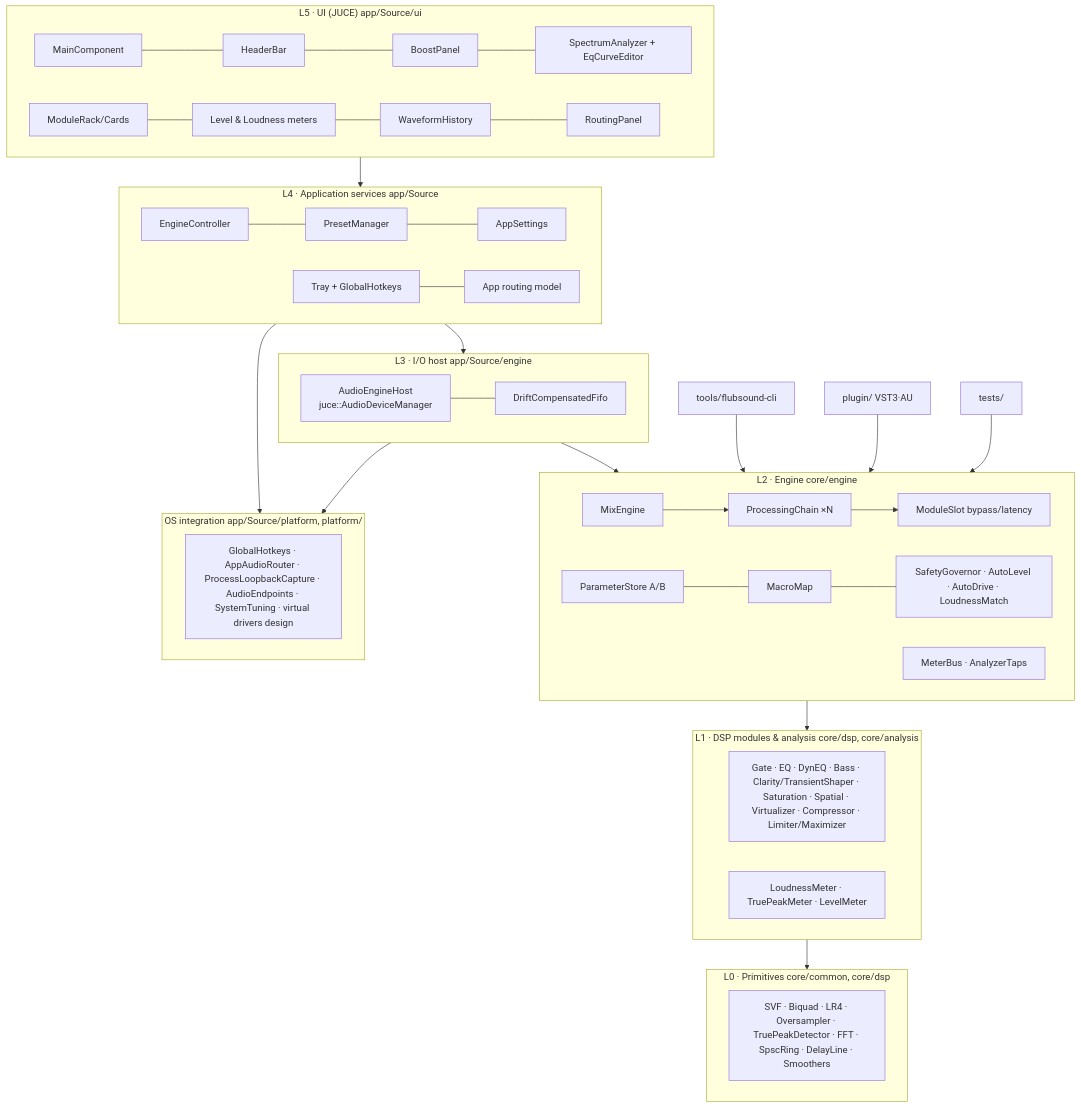
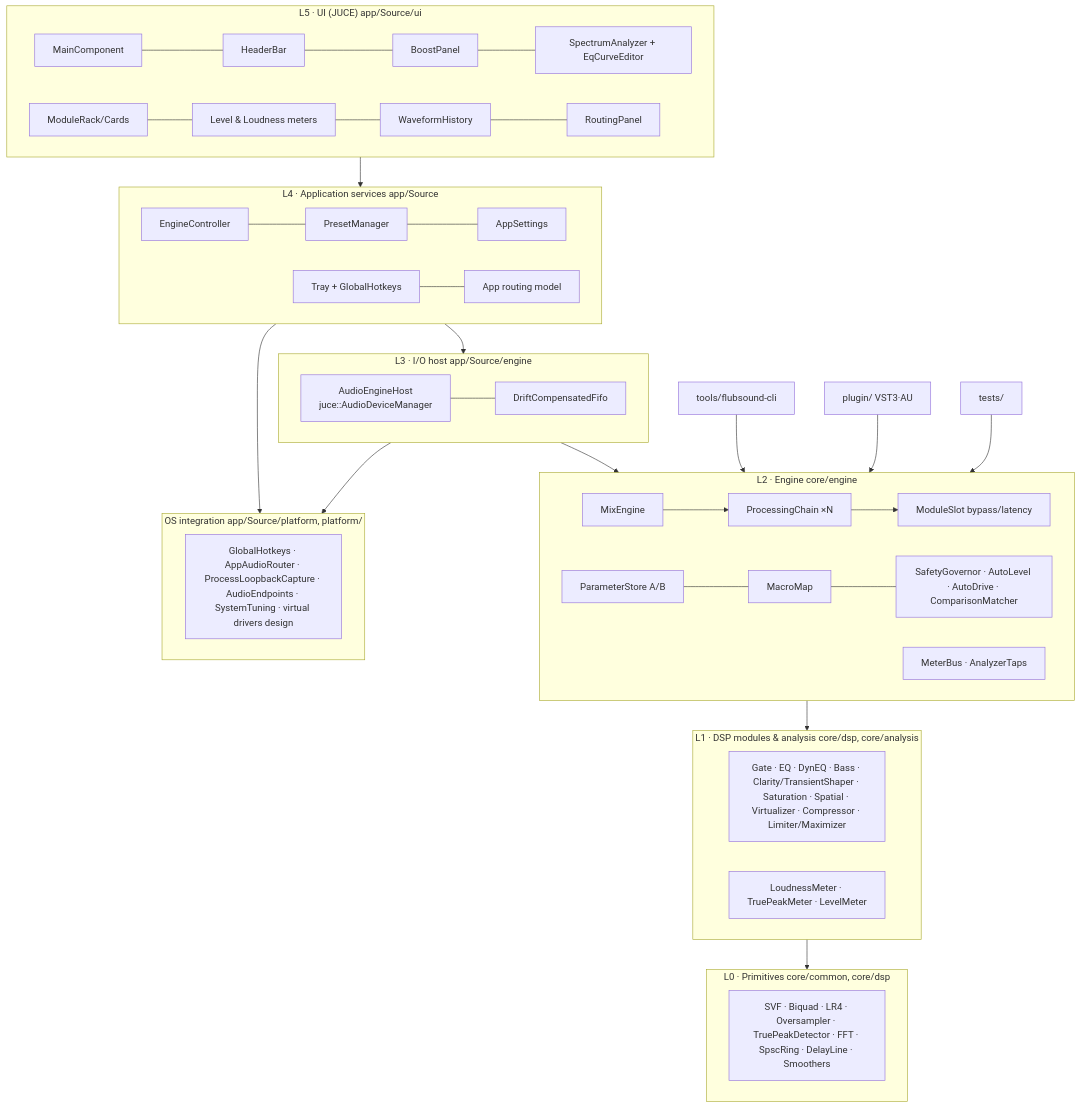
One commit to flubydooby-creator/Flubsound changed the second of 4 diagrams in docs/01-architecture.md. Above: the diagram before and after it, drawn with Mermaid. The commit also changed other lines of this file and 59 other files, not shown here.

````diff
--- a/docs/01-architecture.md
+++ b/docs/01-architecture.md
@@ -62,36 +62,36 @@
 ```mermaid
 flowchart TB
     subgraph L5["L5 · UI (JUCE)  app/Source/ui"]
         MC[MainComponent] --- HB[HeaderBar] --- BP[BoostPanel] --- SA[SpectrumAnalyzer + EqCurveEditor]
         MR[ModuleRack/Cards] --- LM[Level & Loudness meters] --- WH[WaveformHistory] --- RP[RoutingPanel]
     end
     subgraph L4["L4 · Application services  app/Source"]
         EC[EngineController] --- PM[PresetManager] --- AS[AppSettings]
         TR[Tray + GlobalHotkeys] --- RM[App routing model]
     end
     subgraph L3["L3 · I/O host  app/Source/engine"]
         AEH[AudioEngineHost<br/>juce::AudioDeviceManager] --- DCF[DriftCompensatedFifo]
     end
     subgraph L2["L2 · Engine  core/engine"]
         MXE[MixEngine] --> PC[ProcessingChain ×N] --> SL[ModuleSlot bypass/latency]
-        PS[ParameterStore A/B] --- MM[MacroMap] --- PR[SafetyGovernor · AutoLevel · AutoDrive · LoudnessMatch]
+        PS[ParameterStore A/B] --- MM[MacroMap] --- PR[SafetyGovernor · AutoLevel · AutoDrive · ComparisonMatcher]
         MB[MeterBus · AnalyzerTaps]
     end
     subgraph L1["L1 · DSP modules & analysis  core/dsp, core/analysis"]
         MOD[Gate · EQ · DynEQ · Bass · Clarity/TransientShaper · Saturation · Spatial · Virtualizer · Compressor · Limiter/Maximizer]
         AN[LoudnessMeter · TruePeakMeter · LevelMeter]
     end
     subgraph L0["L0 · Primitives  core/common, core/dsp"]
         PRIM[SVF · Biquad · LR4 · Oversampler · TruePeakDetector · FFT · SpscRing · DelayLine · Smoothers]
     end
     subgraph OSL["OS integration  app/Source/platform, platform/"]
         PSV[GlobalHotkeys · AppAudioRouter · ProcessLoopbackCapture · AudioEndpoints · SystemTuning · virtual drivers design]
     end
 
     L5 --> L4 --> L3 --> L2 --> L1 --> L0
     L4 --> OSL
     L3 --> OSL
     CLI[tools/flubsound-cli] --> L2
     PLG[plugin/ VST3·AU] --> L2
     TST[tests/] --> L2
 ```
````
